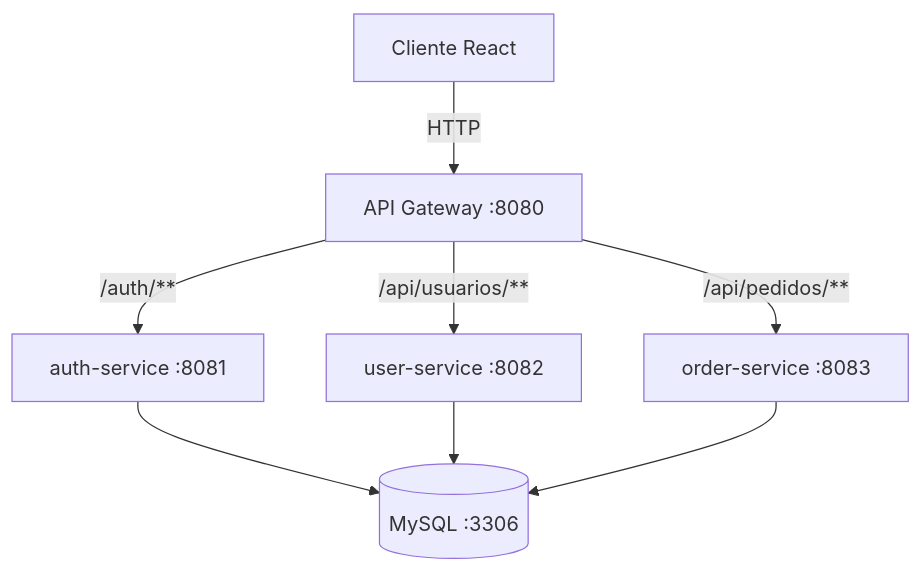
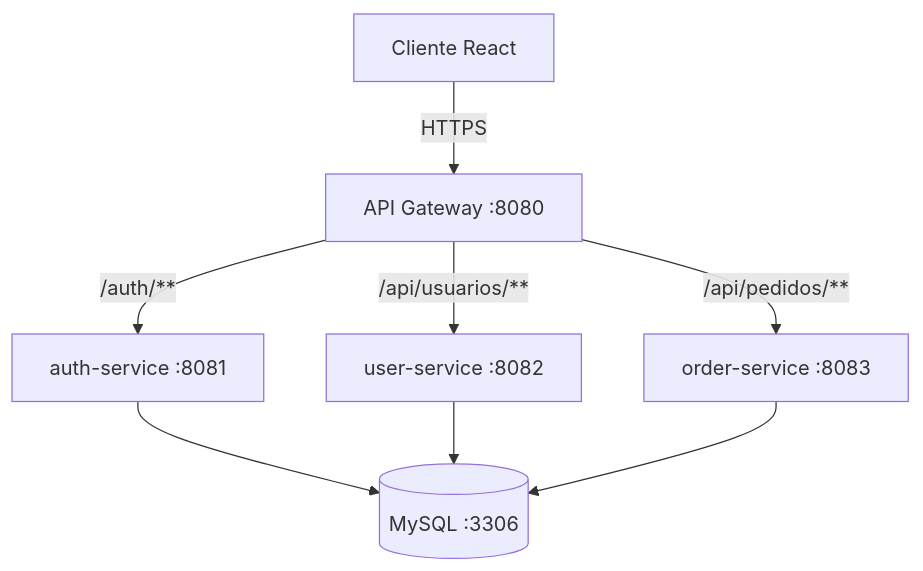
Before and after one commit to LazarusAlpha12/back_end: the diagram in README.md, drawn with Mermaid. The commit also changed other lines of this file, not shown here.

````diff
--- a/README.md
+++ b/README.md
@@ -208,10 +263,10 @@
 ```mermaid
 graph TD
-    Client[Cliente React] -->|HTTP| Gateway[API Gateway :8080]
+    Client[Cliente React] -->|HTTPS| Gateway[API Gateway :8080]
     Gateway -->|/auth/**| Auth[auth-service :8081]
     Gateway -->|/api/usuarios/**| User[user-service :8082]
     Gateway -->|/api/pedidos/**| Order[order-service :8083]
     Auth --> DB[(MySQL :3306)]
     User --> DB
     Order --> DB
 ```
````
